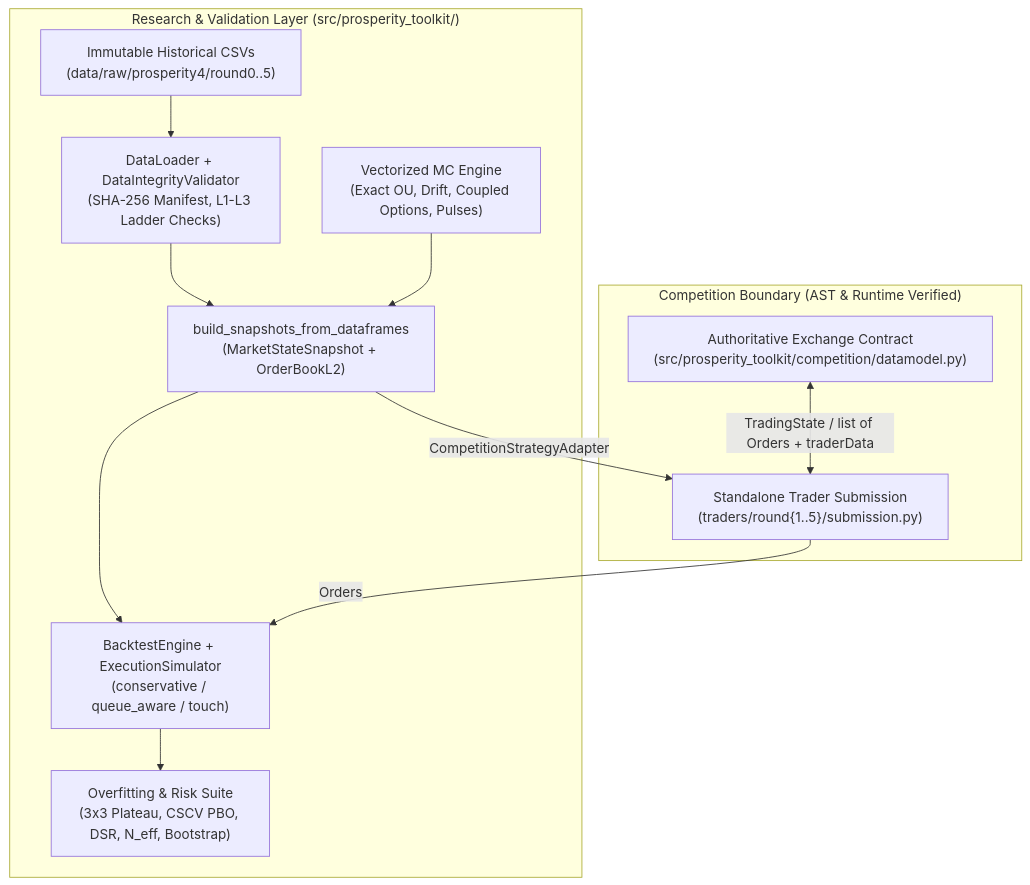
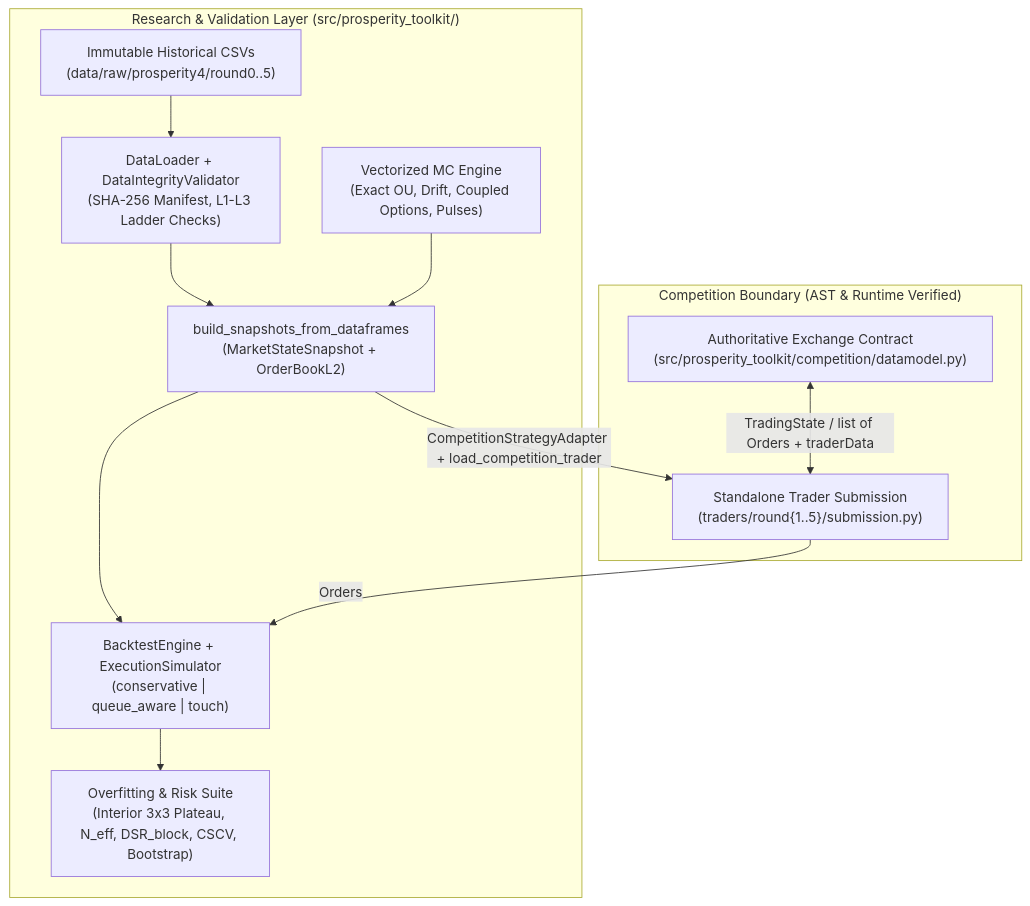
Before and after one commit to PerriPerriSauce/imc-prosperity-4-toolkit-writeup: the diagram in docs/architecture/system_overview.md, drawn with Mermaid. The commit also changed other lines of this file and 135 other files, not shown here.

````diff
--- a/docs/architecture/system_overview.md
+++ b/docs/architecture/system_overview.md
@@ -10,19 +10,19 @@
 ```mermaid
 flowchart TB
     subgraph Research["Research & Validation Layer (src/prosperity_toolkit/)"]
         Raw["Immutable Historical CSVs<br/>(data/raw/prosperity4/round0..5)"] --> Ingest["DataLoader + DataIntegrityValidator<br/>(SHA-256 Manifest, L1-L3 Ladder Checks)"]
         Ingest --> Snap["build_snapshots_from_dataframes<br/>(MarketStateSnapshot + OrderBookL2)"]
         Synth["Vectorized MC Engine<br/>(Exact OU, Drift, Coupled Options, Pulses)"] --> Snap
-        Snap --> Engine["BacktestEngine + ExecutionSimulator<br/>(conservative / queue_aware / touch)"]
-        Engine --> Gates["Overfitting & Risk Suite<br/>(3x3 Plateau, CSCV PBO, DSR, N_eff, Bootstrap)"]
+        Snap --> Engine["BacktestEngine + ExecutionSimulator<br/>(conservative | queue_aware | touch)"]
+        Engine --> Gates["Overfitting & Risk Suite<br/>(Interior 3x3 Plateau, N_eff, DSR_block, CSCV, Bootstrap)"]
     end
 
     subgraph Exchange["Competition Boundary (AST & Runtime Verified)"]
         DM["Authoritative Exchange Contract<br/>(src/prosperity_toolkit/competition/datamodel.py)"]
         Sub["Standalone Trader Submission<br/>(traders/round{1..5}/submission.py)"]
         DM <-->|TradingState / list of Orders + traderData| Sub
     end
 
-    Snap -->|CompetitionStrategyAdapter| Sub
+    Snap -->|CompetitionStrategyAdapter + load_competition_trader| Sub
     Sub -->|Orders| Engine
 ```
````
